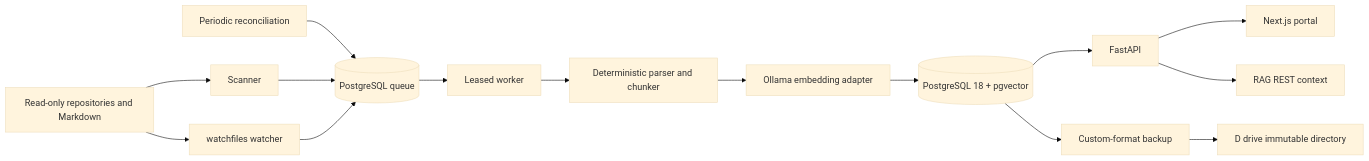
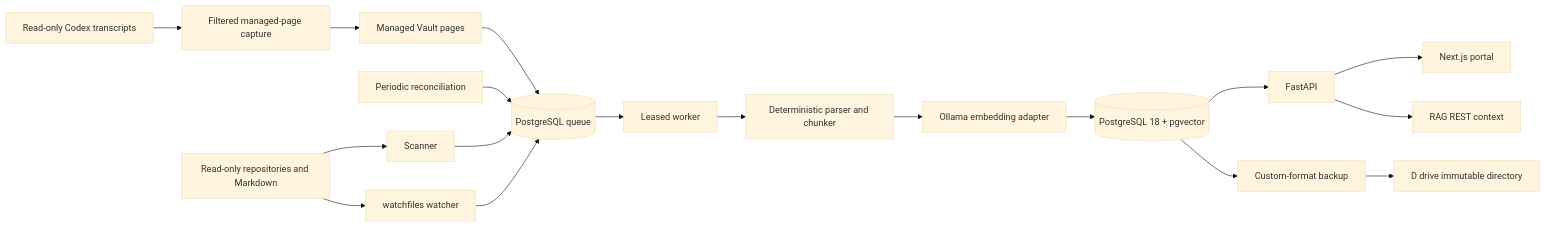
Before and after one commit to kutaelee/local-knowledge-portal: the diagram in docs/architecture/system.md, drawn with Mermaid (base theme). The commit also changed other lines of this file and 17 other files, not shown here.

Commit message:
Add automatic Codex wiki capture

````diff
--- a/docs/architecture/system.md
+++ b/docs/architecture/system.md
@@ -3,17 +3,20 @@
 ```mermaid
 flowchart LR
   FS[Read-only repositories and Markdown] --> SCAN[Scanner]
+  CODEX[Read-only Codex transcripts] --> CAPTURE[Filtered managed-page capture]
+  CAPTURE --> VAULT[Managed Vault pages]
+  VAULT --> JOBS
   FS --> WATCH[watchfiles watcher]
   RECON[Periodic reconciliation] --> JOBS[(PostgreSQL queue)]
   SCAN --> JOBS
   WATCH --> JOBS
   JOBS --> WORKER[Leased worker]
   WORKER --> PARSE[Deterministic parser and chunker]
   PARSE --> EMBED[Ollama embedding adapter]
   EMBED --> DB[(PostgreSQL 18 + pgvector)]
   DB --> API[FastAPI]
   API --> WEB[Next.js portal]
   API --> RAG[RAG REST context]
   DB --> BACKUP[Custom-format backup]
   BACKUP --> D[D drive immutable directory]
 ```
````
